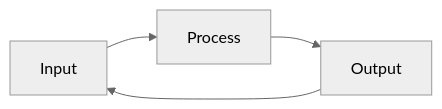
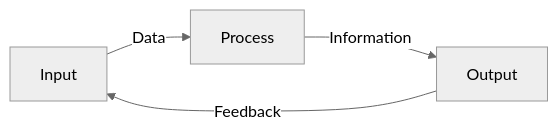
One commit to LibrariesHacked/librarieshacked.github.io changed the diagram in _posts/2021-08-29-inputs-outputs.md. Above: the diagram before and after it, drawn with Mermaid (neutral theme). The commit also changed other lines of this file, not shown here.

```diff
--- a/_posts/2021-08-29-inputs-outputs.md
+++ b/_posts/2021-08-29-inputs-outputs.md
@@ -13,6 +13,6 @@
 <div class="mermaid">
 flowchart LR;
-  Input --> Process;
-  Process --> Output;
-  Output --> Input;
+  Input-->|Data|Process;
+  Process-->|Information|Output;
+  Output-->|Feedback|Input;
 </div>
```
